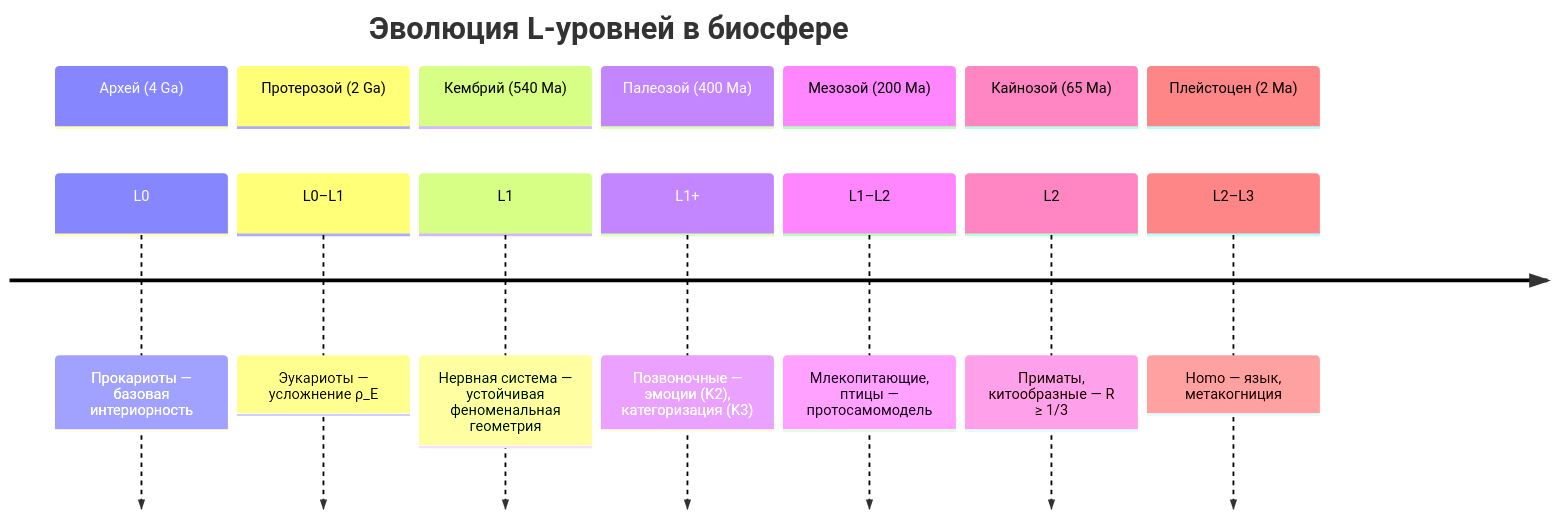
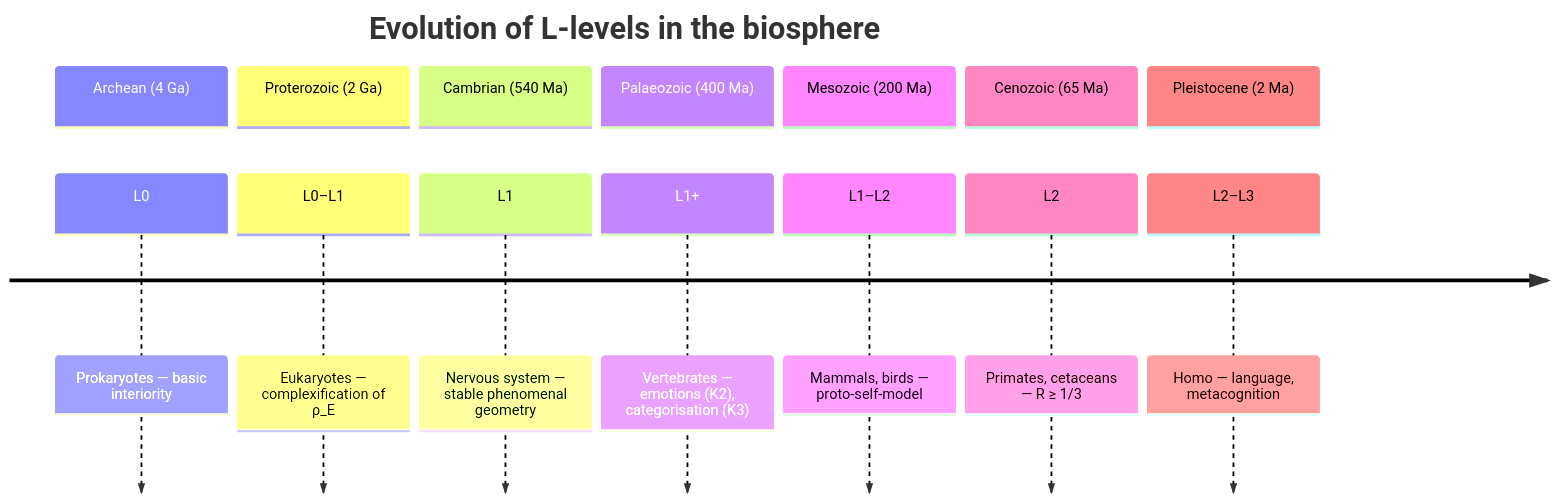
Before and after one commit to gst-st/uhm: the diagram in website/docs/consciousness/subjects/animal-consciousness.md, drawn with Mermaid. The commit also changed other lines of this file and 79 other files, not shown here.

````diff
--- a/website/docs/consciousness/subjects/animal-consciousness.md
+++ b/website/docs/consciousness/subjects/animal-consciousness.md
@@ -375,18 +375,18 @@
 ```mermaid
 timeline
-    title Эволюция L-уровней в биосфере
-    section Архей (4 Ga)
-        L0 : Прокариоты — базовая интериорность
-    section Протерозой (2 Ga)
-        L0–L1 : Эукариоты — усложнение ρ_E
-    section Кембрий (540 Ma)
-        L1 : Нервная система — устойчивая феноменальная геометрия
-    section Палеозой (400 Ma)
-        L1+ : Позвоночные — эмоции (K2), категоризация (K3)
-    section Мезозой (200 Ma)
-        L1–L2 : Млекопитающие, птицы — протосамомодель
-    section Кайнозой (65 Ma)
-        L2 : Приматы, китообразные — R ≥ 1/3
-    section Плейстоцен (2 Ma)
-        L2–L3 : Homo — язык, метакогниция
+    title Evolution of L-levels in the biosphere
+    section Archean (4 Ga)
+        L0 : Prokaryotes — basic interiority
+    section Proterozoic (2 Ga)
+        L0–L1 : Eukaryotes — complexification of ρ_E
+    section Cambrian (540 Ma)
+        L1 : Nervous system — stable phenomenal geometry
+    section Palaeozoic (400 Ma)
+        L1+ : Vertebrates — emotions (K2), categorisation (K3)
+    section Mesozoic (200 Ma)
+        L1–L2 : Mammals, birds — proto-self-model
+    section Cenozoic (65 Ma)
+        L2 : Primates, cetaceans — R ≥ 1/3
+    section Pleistocene (2 Ma)
+        L2–L3 : Homo — language, metacognition
 ```
````
